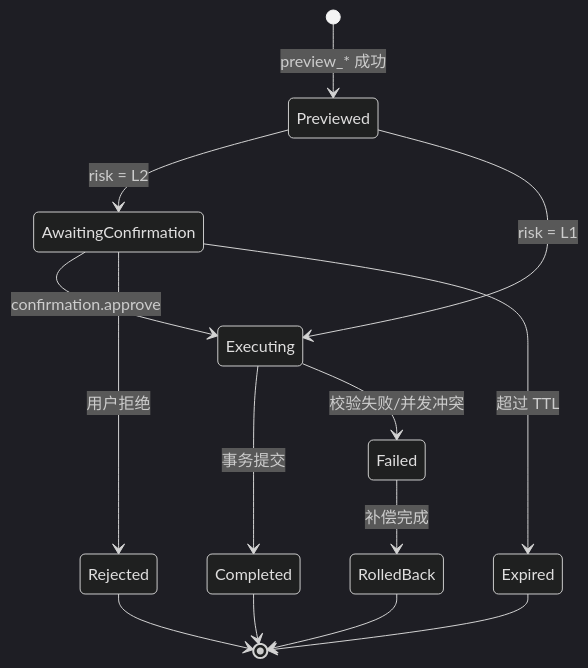
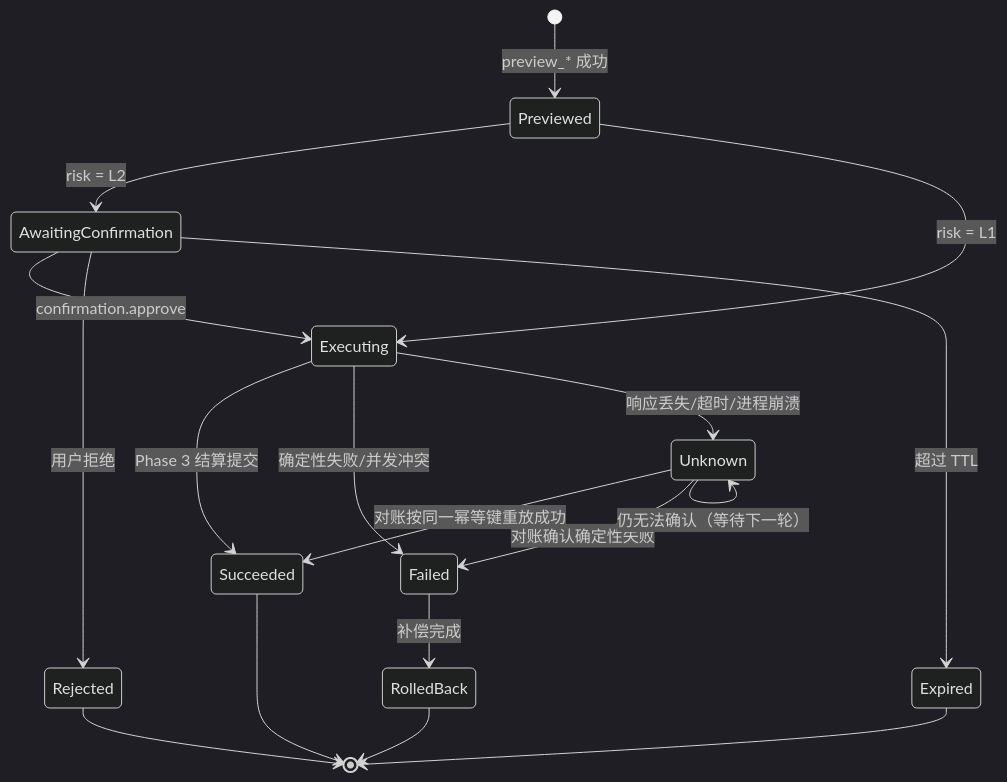
Before and after one commit to LiangYuling141/Git: the diagram in docs/technical/13-trusted-execution-architecture.md, drawn with Mermaid (dark theme). The commit also changed other lines of this file and 12 other files, not shown here.

````diff
--- a/docs/technical/13-trusted-execution-architecture.md
+++ b/docs/technical/13-trusted-execution-architecture.md
@@ -221,16 +221,20 @@
 ```mermaid
 stateDiagram-v2
   [*] --> Previewed: preview_* 成功
   Previewed --> AwaitingConfirmation: risk = L2
   Previewed --> Executing: risk = L1
   AwaitingConfirmation --> Executing: confirmation.approve
   AwaitingConfirmation --> Rejected: 用户拒绝
   AwaitingConfirmation --> Expired: 超过 TTL
-  Executing --> Completed: 事务提交
-  Executing --> Failed: 校验失败/并发冲突
+  Executing --> Succeeded: Phase 3 结算提交
+  Executing --> Failed: 确定性失败/并发冲突
+  Executing --> Unknown: 响应丢失/超时/进程崩溃
+  Unknown --> Succeeded: 对账按同一幂等键重放成功
+  Unknown --> Failed: 对账确认确定性失败
+  Unknown --> Unknown: 仍无法确认（等待下一轮）
   Failed --> RolledBack: 补偿完成
-  Completed --> [*]
+  Succeeded --> [*]
   Rejected --> [*]
   Expired --> [*]
   RolledBack --> [*]
 ```
````
